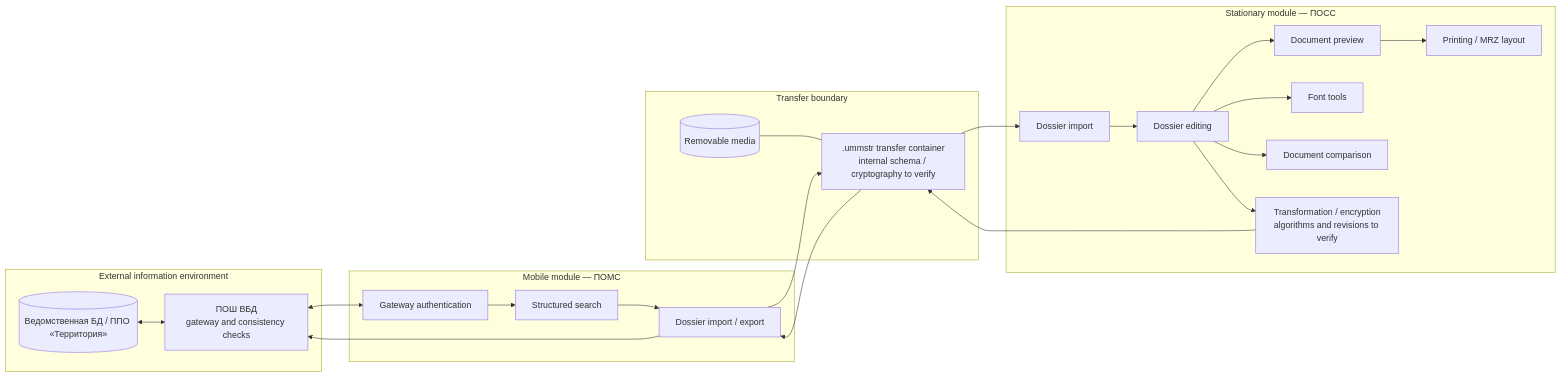
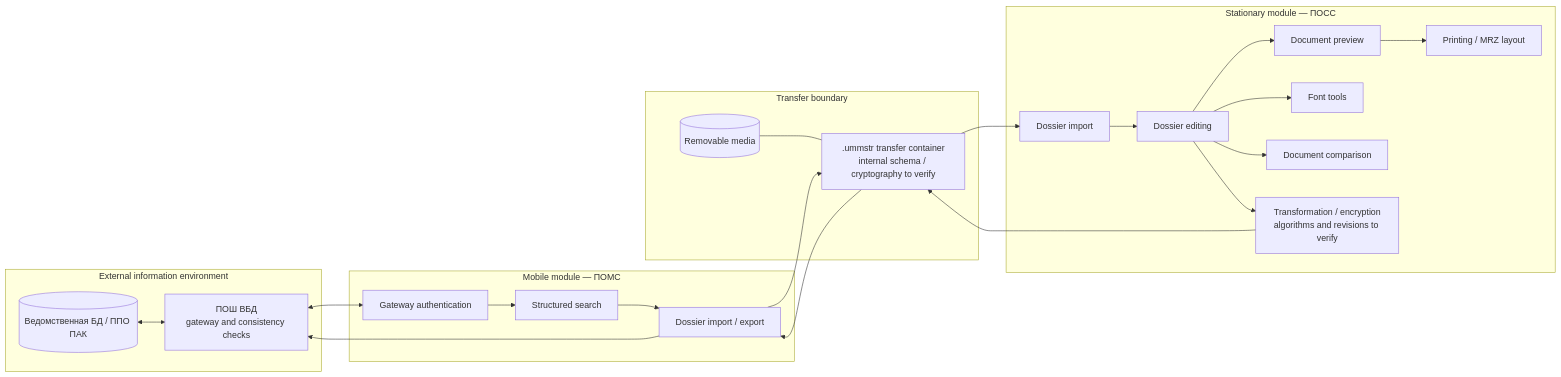
One commit to ekatmoz88-alt/territory-descriptor-unified changed the first of 10 diagrams in materials/architecture/component-maps.md. Above: the diagram before and after it, drawn with Mermaid. The commit also changed other lines of this file, not shown here.

````diff
--- a/materials/architecture/component-maps.md
+++ b/materials/architecture/component-maps.md
@@ -7,39 +7,39 @@
 ```mermaid
 flowchart LR
   subgraph VBD["External information environment"]
-    DB[("Ведомственная БД / ППО «Территория»")]
+    DB[("Ведомственная БД / ППО ПАК")]
     GATE["ПОШ ВБД<br/>gateway and consistency checks"]
     DB <--> GATE
   end
   subgraph MOBILE["Mobile module — ПОМС"]
     AUTH["Gateway authentication"]
     SEARCH["Structured search"]
     EXPORT["Dossier import / export"]
     AUTH --> SEARCH --> EXPORT
   end
   subgraph TRANSIT["Transfer boundary"]
     MEDIA[("Removable media")]
     CONTAINER[".ummstr transfer container<br/>internal schema / cryptography to verify"]
     MEDIA --- CONTAINER
   end
   subgraph STATIONARY["Stationary module — ПОСС"]
     IMPORT["Dossier import"]
     EDIT["Dossier editing"]
     PREVIEW["Document preview"]
     PRINT["Printing / MRZ layout"]
     FONT["Font tools"]
     COMPARE["Document comparison"]
     CRYPTO["Transformation / encryption<br/>algorithms and revisions to verify"]
     IMPORT --> EDIT
     EDIT --> PREVIEW --> PRINT
     EDIT --> FONT
     EDIT --> COMPARE
     EDIT --> CRYPTO
   end
   GATE <--> AUTH
   EXPORT --> CONTAINER
   CONTAINER --> IMPORT
   CRYPTO --> CONTAINER
   CONTAINER --> EXPORT
   EXPORT --> GATE
 ```
````
